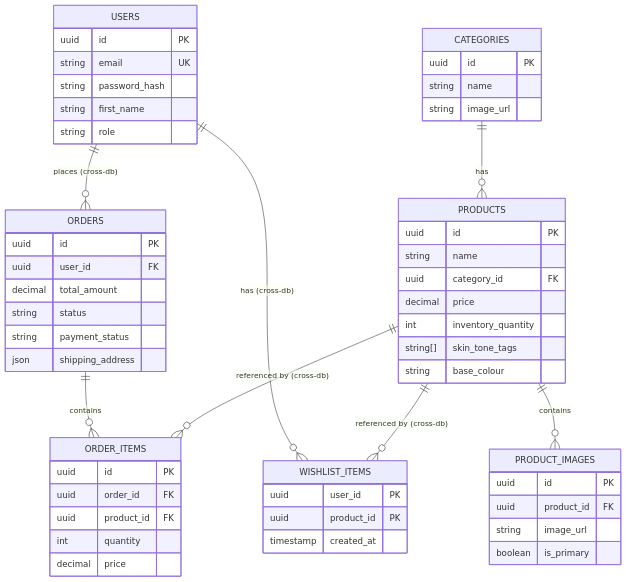
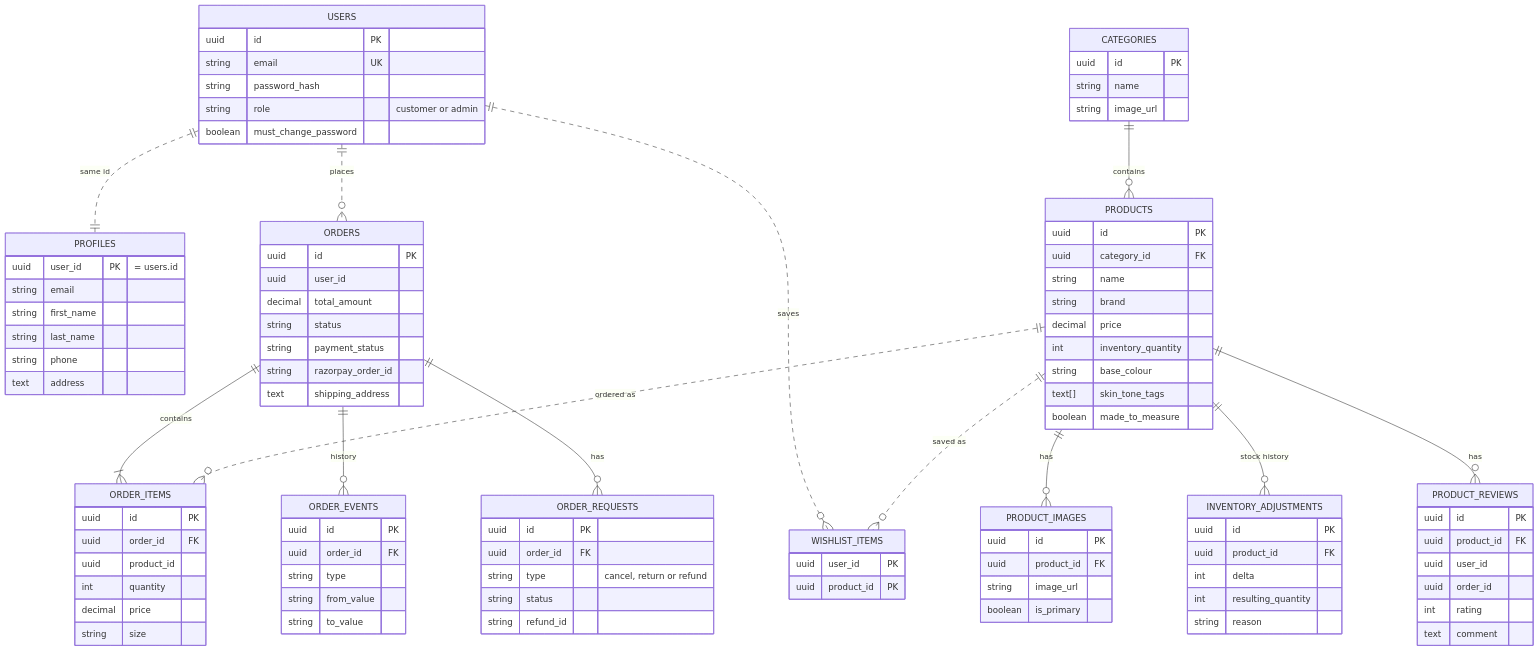
One commit to nishadZC/boutique-app changed the second of 2 diagrams in README.md. Above: the diagram before and after it, drawn with Mermaid. The commit also changed other lines of this file and 97 other files, not shown here.

First line of the commit message:
Shared auth library; user service gets its own users_db

````diff
--- a/README.md
+++ b/README.md
@@ -899,71 +136,113 @@
 ```mermaid
 erDiagram
-    %% Auth DB
+    %% auth_db (auth service)
     USERS {
         uuid id PK
         string email UK
         string password_hash
-        string first_name
-        string role
+        string role "customer or admin"
+        boolean must_change_password
     }
 
-    %% Products DB
+    %% users_db (user service)
+    PROFILES {
+        uuid user_id PK "= users.id"
+        string email
+        string first_name
+        string last_name
+        string phone
+        text address
+    }
+
+    %% products_db (product service)
     CATEGORIES {
         uuid id PK
         string name
         string image_url
     }
-  
     PRODUCTS {
         uuid id PK
+        uuid category_id FK
         string name
-        uuid category_id FK
+        string brand
         decimal price
         int inventory_quantity
-        string[] skin_tone_tags
         string base_colour
+        text[] skin_tone_tags
+        boolean made_to_measure
     }
-  
     PRODUCT_IMAGES {
         uuid id PK
         uuid product_id FK
         string image_url
         boolean is_primary
     }
+    INVENTORY_ADJUSTMENTS {
+        uuid id PK
+        uuid product_id FK
+        int delta
+        int resulting_quantity
+        string reason
+    }
+    PRODUCT_REVIEWS {
+        uuid id PK
+        uuid product_id FK
+        uuid user_id
+        uuid order_id
+        int rating
+        text comment
+    }
 
-    %% Orders DB
+    %% orders_db (orders service)
     ORDERS {
         uuid id PK
-        uuid user_id FK
+        uuid user_id
         decimal total_amount
         string status
         string payment_status
-        json shipping_address
+        string razorpay_order_id
+        text shipping_address
     }
-  
     ORDER_ITEMS {
         uuid id PK
         uuid order_id FK
-        uuid product_id FK
+        uuid product_id
         int quantity
         decimal price
+        string size
+    }
+    ORDER_EVENTS {
+        uuid id PK
+        uuid order_id FK
+        string type
+        string from_value
+        string to_value
+    }
+    ORDER_REQUESTS {
+        uuid id PK
+        uuid order_id FK
+        string type "cancel, return or refund"
+        string status
+        string refund_id
     }
 
-    %% Wishlist DB
+    %% wishlist_db (wishlist service)
     WISHLIST_ITEMS {
         uuid user_id PK
         uuid product_id PK
-        timestamp created_at
     }
 
-    %% Relationships
-    CATEGORIES ||--o{ PRODUCTS : "has"
-    PRODUCTS ||--o{ PRODUCT_IMAGES : "contains"
-  
-    USERS ||--o{ ORDERS : "places (cross-db)"
-    ORDERS ||--o{ ORDER_ITEMS : "contains"
-    PRODUCTS ||--o{ ORDER_ITEMS : "referenced by (cross-db)"
-  
-    USERS ||--o{ WISHLIST_ITEMS : "has (cross-db)"
-    PRODUCTS ||--o{ WISHLIST_ITEMS : "referenced by (cross-db)"
+    CATEGORIES ||--o{ PRODUCTS : contains
+    PRODUCTS ||--o{ PRODUCT_IMAGES : has
+    PRODUCTS ||--o{ INVENTORY_ADJUSTMENTS : "stock history"
+    PRODUCTS ||--o{ PRODUCT_REVIEWS : has
+    ORDERS ||--|{ ORDER_ITEMS : contains
+    ORDERS ||--o{ ORDER_EVENTS : history
+    ORDERS ||--o{ ORDER_REQUESTS : has
+
+    USERS ||..|| PROFILES : "same id"
+    USERS ||..o{ ORDERS : places
+    USERS ||..o{ WISHLIST_ITEMS : saves
+    PRODUCTS ||..o{ ORDER_ITEMS : "ordered as"
+    PRODUCTS ||..o{ WISHLIST_ITEMS : "saved as"
 ```
````
